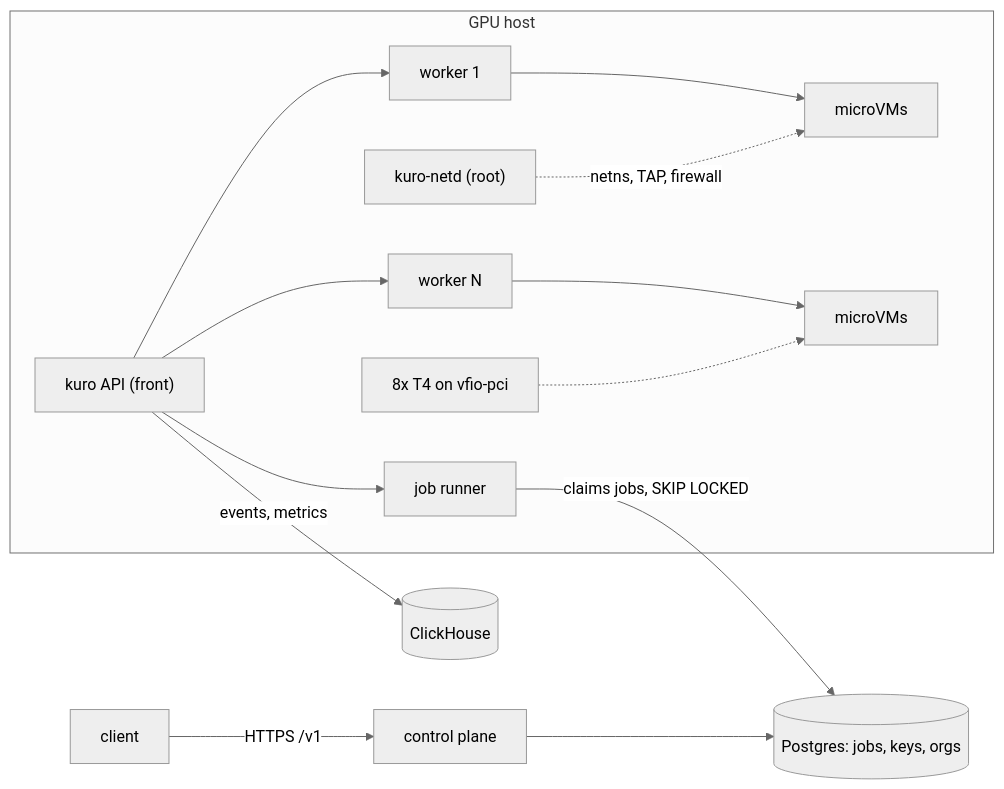
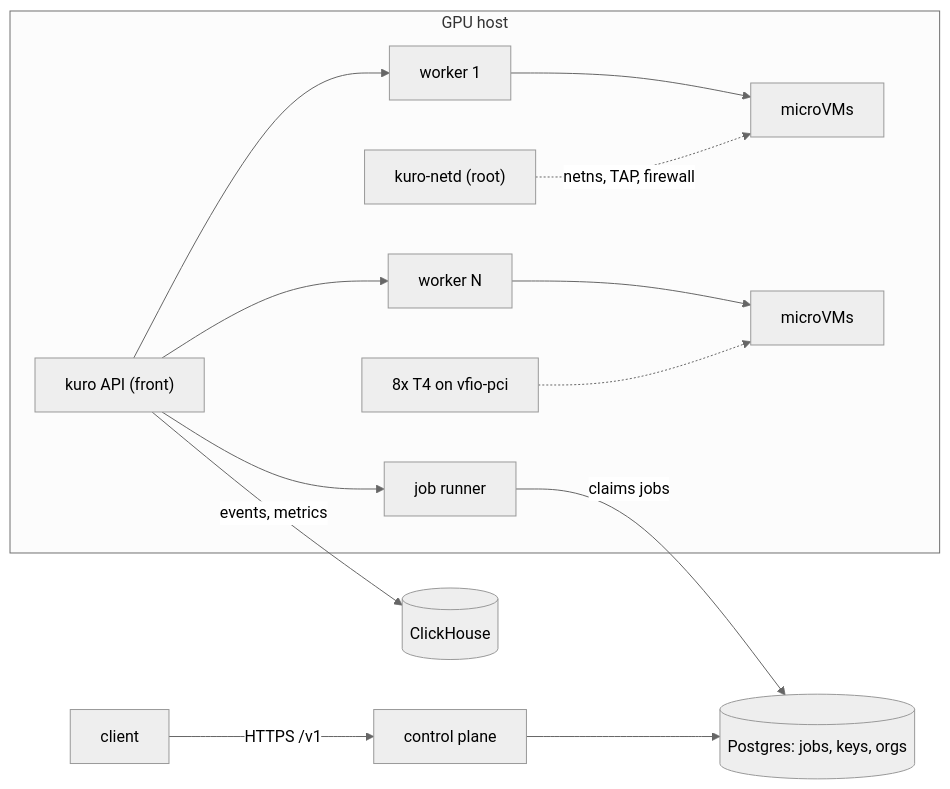
The diagram in src/blogs/kuro/index.md (briheet/briheet), drawn with Mermaid (neutral theme) before and after one commit. The commit also changed other lines of this file, not shown here.

````diff
--- a/src/blogs/kuro/index.md
+++ b/src/blogs/kuro/index.md
@@ -58,16 +145,16 @@
 ```mermaid
 flowchart LR
     Client["client"] -->|"HTTPS /v1"| Control["control plane"]
     Control --> PG[("Postgres: jobs, keys, orgs")]
     subgraph Host["GPU host"]
         API["kuro API (front)"] --> Runner["job runner"]
         API --> W1["worker 1"]
         API --> WN["worker N"]
         W1 --> VM1["microVMs"]
         WN --> VMN["microVMs"]
         Netd["kuro-netd (root)"] -.->|"netns, TAP, firewall"| VM1
         GPU["8x T4 on vfio-pci"] -.-> VMN
     end
-    Runner -->|"claims jobs, SKIP LOCKED"| PG
+    Runner -->|"claims jobs"| PG
     API -->|"events, metrics"| CH[("ClickHouse")]
 ```
````
